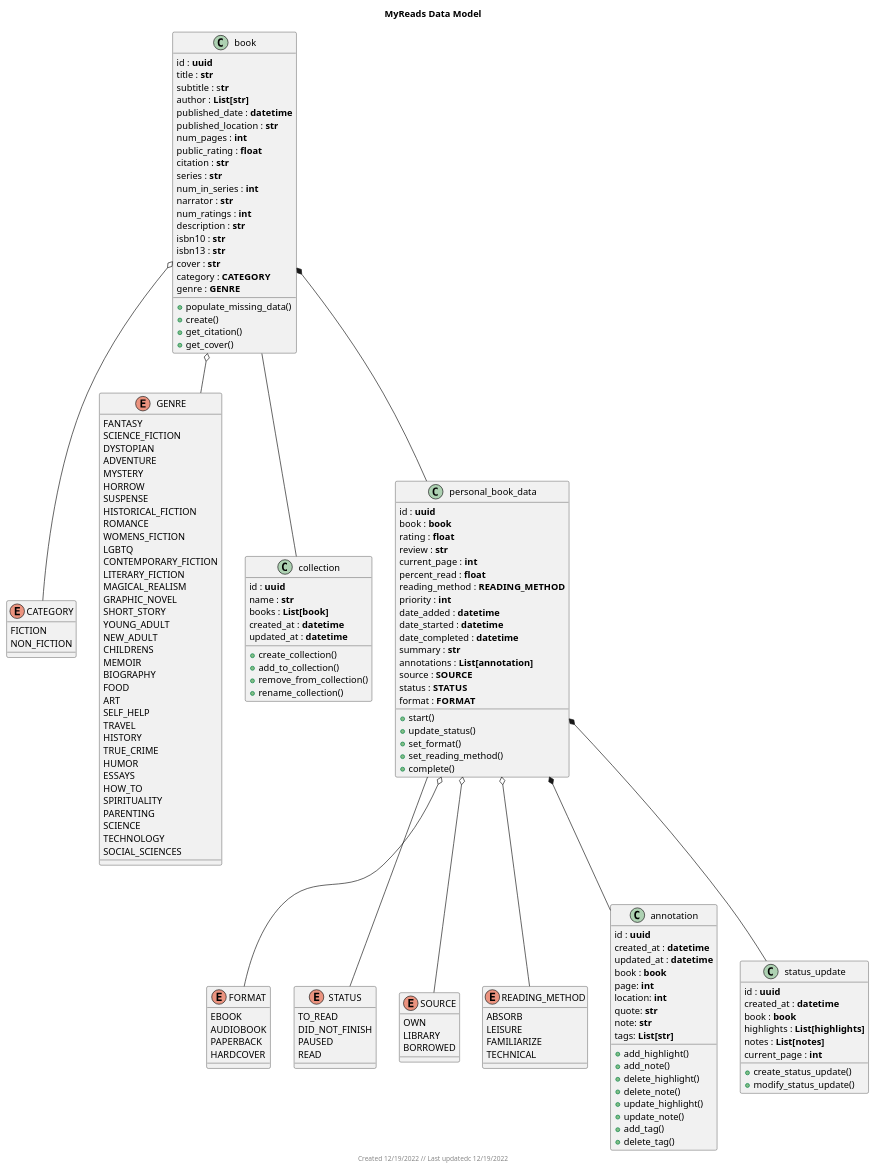
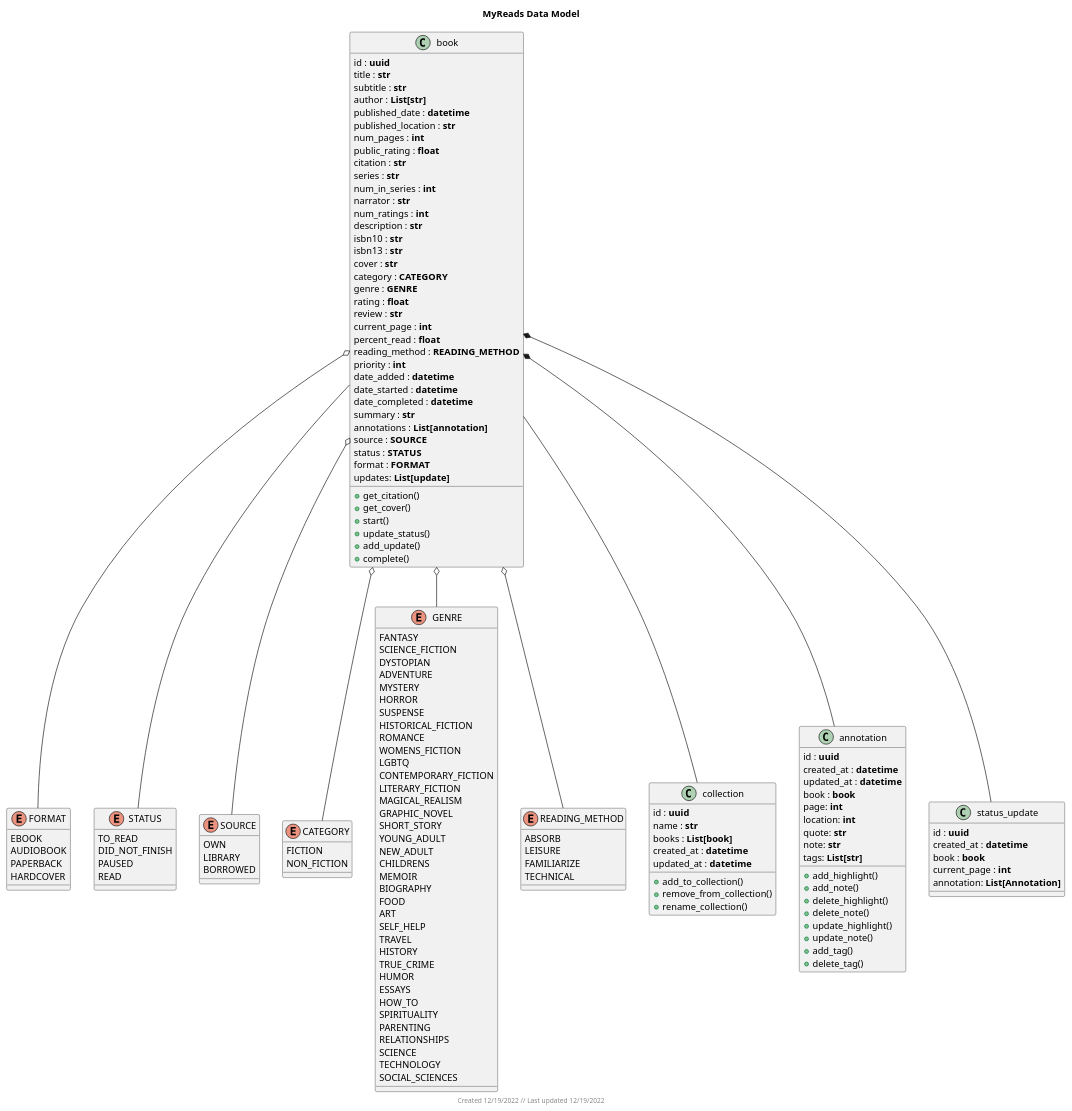
One commit to bcarusone/myreads changed the diagram in docs/class-diagram.puml. Above: the diagram before and after it, drawn with PlantUML. The commit also changed 10 other files, not shown here.

```diff
--- a/docs/class-diagram.puml
+++ b/docs/class-diagram.puml
@@ -1,182 +1,170 @@
 @startuml
 
 title MyReads Data Model
 
 enum FORMAT {
     EBOOK
     AUDIOBOOK
     PAPERBACK
     HARDCOVER
 }
 
 enum STATUS {
     TO_READ
     DID_NOT_FINISH
     PAUSED
     READ
 }
 
 enum SOURCE {
     OWN
     LIBRARY
     BORROWED
 }
 
 enum CATEGORY {
     FICTION
     NON_FICTION
 }
 
 enum GENRE {
     FANTASY
     SCIENCE_FICTION
     DYSTOPIAN
     ADVENTURE
     MYSTERY
-    HORROW
+    HORROR
     SUSPENSE
     HISTORICAL_FICTION
     ROMANCE
     WOMENS_FICTION
     LGBTQ
     CONTEMPORARY_FICTION
     LITERARY_FICTION
     MAGICAL_REALISM
     GRAPHIC_NOVEL
     SHORT_STORY
     YOUNG_ADULT
     NEW_ADULT
     CHILDRENS
     MEMOIR
     BIOGRAPHY
     FOOD
     ART
     SELF_HELP
     TRAVEL
     HISTORY
     TRUE_CRIME
     HUMOR
     ESSAYS
     HOW_TO
     SPIRITUALITY
     PARENTING
+    RELATIONSHIPS
     SCIENCE
     TECHNOLOGY
     SOCIAL_SCIENCES
 }
 
 enum READING_METHOD {
     ABSORB
     LEISURE
     FAMILIARIZE
     TECHNICAL
 }
 
 class book {
-    {field} id : **uuid**
+    id : **uuid**
     title : **str**
-    subtitle : s**tr**
+    subtitle : **str**
     author : **List[str]**
     published_date : **datetime**
     published_location : **str**
     num_pages : **int**
     public_rating : **float**
     citation : **str**
     series : **str**
     num_in_series : **int**
     narrator : **str**
     num_ratings : **int**
     description : **str**
     isbn10 : **str**
     isbn13 : **str**
     cover : **str**
     category : **CATEGORY**
     genre : **GENRE**
-    + populate_missing_data()
-    + create()
-    + get_citation()
-    + get_cover()
-}
-
-class collection {
-    id : **uuid**
-    name : **str**
-    books : **List[book]**
-    created_at : **datetime**
-    updated_at : **datetime**
-    + create_collection()
-    + add_to_collection()
-    + remove_from_collection()
-    + rename_collection()
-}
-
-class personal_book_data {
-    id : **uuid**
-    book : **book**
     rating : **float**
     review : **str**
     current_page : **int**
     percent_read : **float**
     reading_method : **READING_METHOD**
     priority : **int**
     date_added : **datetime**
     date_started : **datetime**
     date_completed : **datetime**
     summary : **str**
     annotations : **List[annotation]**
     source : **SOURCE**
     status : **STATUS**
     format : **FORMAT**
+    updates: **List[update]**
+    + get_citation()
+    + get_cover()
     + start()
     + update_status()
-    + set_format()
-    + set_reading_method()
+    + add_update()
     + complete()
+}
+
+class collection {
+    id : **uuid**
+    name : **str**
+    books : **List[book]**
+    created_at : **datetime**
+    updated_at : **datetime**
+    + add_to_collection()
+    + remove_from_collection()
+    + rename_collection()
 }
 
 class annotation {
     id : **uuid**
     created_at : **datetime**
     updated_at : **datetime**
     book : **book**
     page: **int**
     location: **int**
     quote: **str**
     note: **str**
     tags: **List[str]**
     + add_highlight()
     + add_note()
     + delete_highlight()
     + delete_note()
     + update_highlight()
     + update_note()
     + add_tag()
     + delete_tag()
 }
 
 class status_update {
     id : **uuid**
     created_at : **datetime**
     book : **book**
-    highlights : **List[highlights]**
-    notes : **List[notes]**
     current_page : **int**
-    + create_status_update()
-    + modify_status_update()
+    annotation: **List[Annotation]**
 }
 
-book *-- personal_book_data
 book o-- GENRE
 book o-- CATEGORY
 book -- collection
+book o-- SOURCE
+book o-- FORMAT
+book o-- READING_METHOD
+book *-- annotation
+book *-- status_update
+book -- STATUS
 
-personal_book_data o-- SOURCE
-personal_book_data o-- FORMAT
-personal_book_data o-- READING_METHOD
-personal_book_data *-- annotation
-personal_book_data *-- status_update
-personal_book_data -- STATUS
-
-footer Created 12/19/2022 // Last updatedc 12/19/2022
+footer Created 12/19/2022 // Last updated 12/19/2022
 
 @enduml
```
